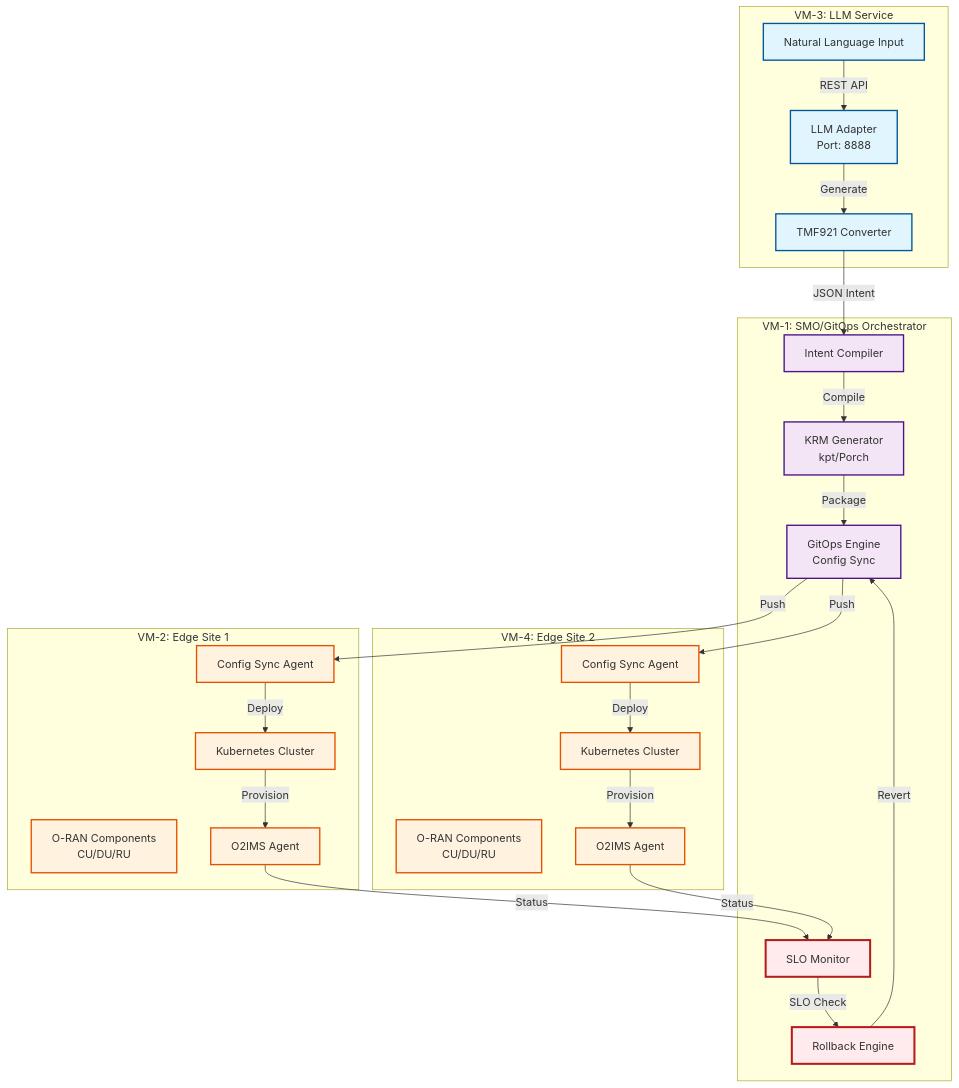
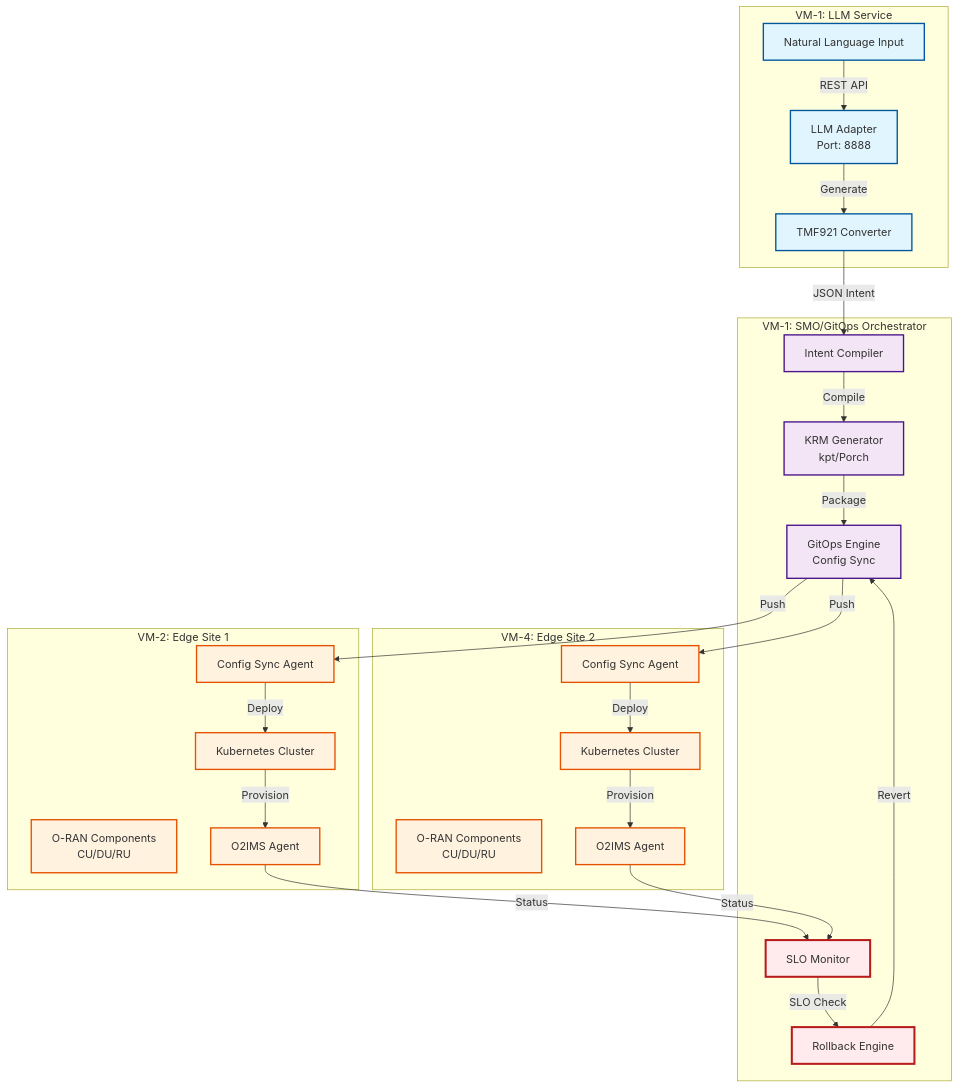
The diagram in SUMMIT_DEMO_GUIDE.md (thc1006/nephio-intent-to-o2-demo), drawn with Mermaid before and after one commit. The commit also changed other lines of this file and 708 other files, not shown here.

````diff
--- a/SUMMIT_DEMO_GUIDE.md
+++ b/SUMMIT_DEMO_GUIDE.md
@@ -5,59 +5,59 @@
 ```mermaid
 graph TB
-    subgraph "VM-3: LLM Service"
+    subgraph "VM-1: LLM Service"
         NL[Natural Language Input]
         LLM[LLM Adapter<br/>Port: 8888]
         TMF[TMF921 Converter]
     end
 
     subgraph "VM-1: SMO/GitOps Orchestrator"
         INT[Intent Compiler]
         KRM[KRM Generator<br/>kpt/Porch]
         GIT[GitOps Engine<br/>Config Sync]
         MON[SLO Monitor]
         ROLL[Rollback Engine]
     end
 
     subgraph "VM-2: Edge Site 1"
         E1CS[Config Sync Agent]
         E1K8S[Kubernetes Cluster]
         E1RAN[O-RAN Components<br/>CU/DU/RU]
         E1O2[O2IMS Agent]
     end
 
     subgraph "VM-4: Edge Site 2"
         E2CS[Config Sync Agent]
         E2K8S[Kubernetes Cluster]
         E2RAN[O-RAN Components<br/>CU/DU/RU]
         E2O2[O2IMS Agent]
     end
 
     %% Main Flow
     NL -->|REST API| LLM
     LLM -->|Generate| TMF
     TMF -->|JSON Intent| INT
     INT -->|Compile| KRM
     KRM -->|Package| GIT
     GIT -->|Push| E1CS
     GIT -->|Push| E2CS
     E1CS -->|Deploy| E1K8S
     E2CS -->|Deploy| E2K8S
     E1K8S -->|Provision| E1O2
     E2K8S -->|Provision| E2O2
     E1O2 -->|Status| MON
     E2O2 -->|Status| MON
     MON -->|SLO Check| ROLL
     ROLL -->|Revert| GIT
 
     %% Styling
-    classDef vm3 fill:#e1f5fe,stroke:#01579b,stroke-width:2px
+    classDef vm1_integrated fill:#e1f5fe,stroke:#01579b,stroke-width:2px
     classDef vm1 fill:#f3e5f5,stroke:#4a148c,stroke-width:2px
     classDef edge fill:#fff3e0,stroke:#e65100,stroke-width:2px
     classDef critical fill:#ffebee,stroke:#b71c1c,stroke-width:3px
 
-    class NL,LLM,TMF vm3
+    class NL,LLM,TMF vm1_integrated
     class INT,KRM,GIT,MON,ROLL vm1
     class E1CS,E1K8S,E1RAN,E1O2 edge
     class E2CS,E2K8S,E2RAN,E2O2 edge
     class MON,ROLL critical
 ```
````
